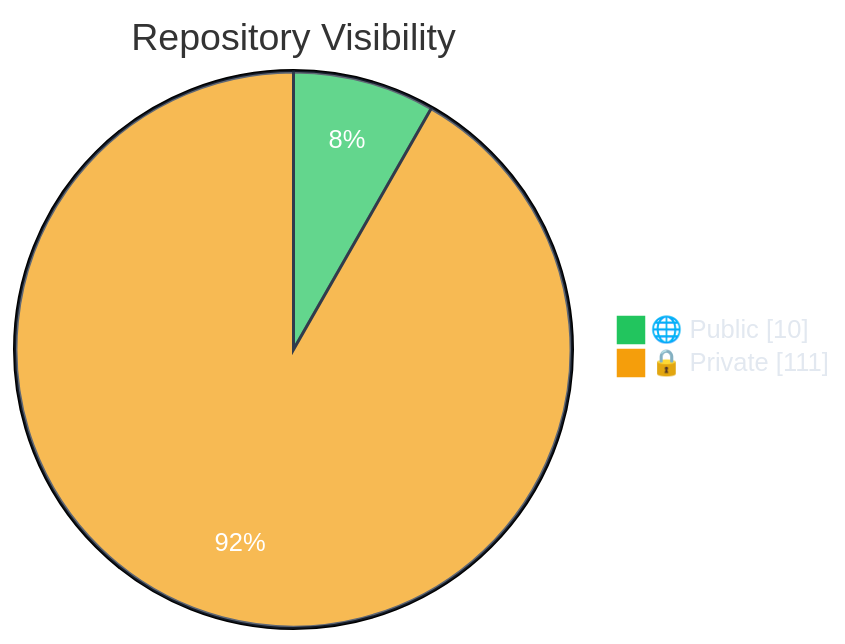
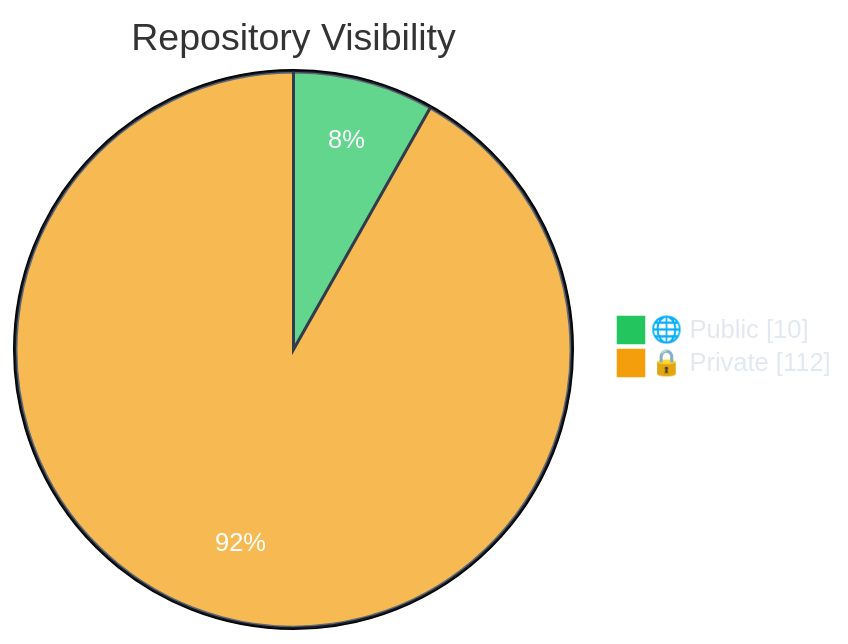
Before and after one commit to polo-nyan/polo-nyan: the first of 7 diagrams in README.md, drawn with Mermaid. The commit also changed other lines of this file and 1 other file, not shown here.

````diff
--- a/README.md
+++ b/README.md
@@ -83,7 +83,7 @@
 ```mermaid
 %%{init: {"theme": "base", "themeVariables": { "pie1": "#22c55e", "pie2": "#f59e0b", "pie3": "#3b82f6", "pie4": "#ec4899", "pieTextColor": "#ffffff", "pieLegendTextColor": "#e2e8f0", "pieSectionTextColor": "#ffffff", "pieStrokeColor": "#1e293b" }}}%%
 pie showData
     title Repository Visibility
     "🌐 Public" : 10
-    "🔒 Private" : 111
+    "🔒 Private" : 112
 ```
````
